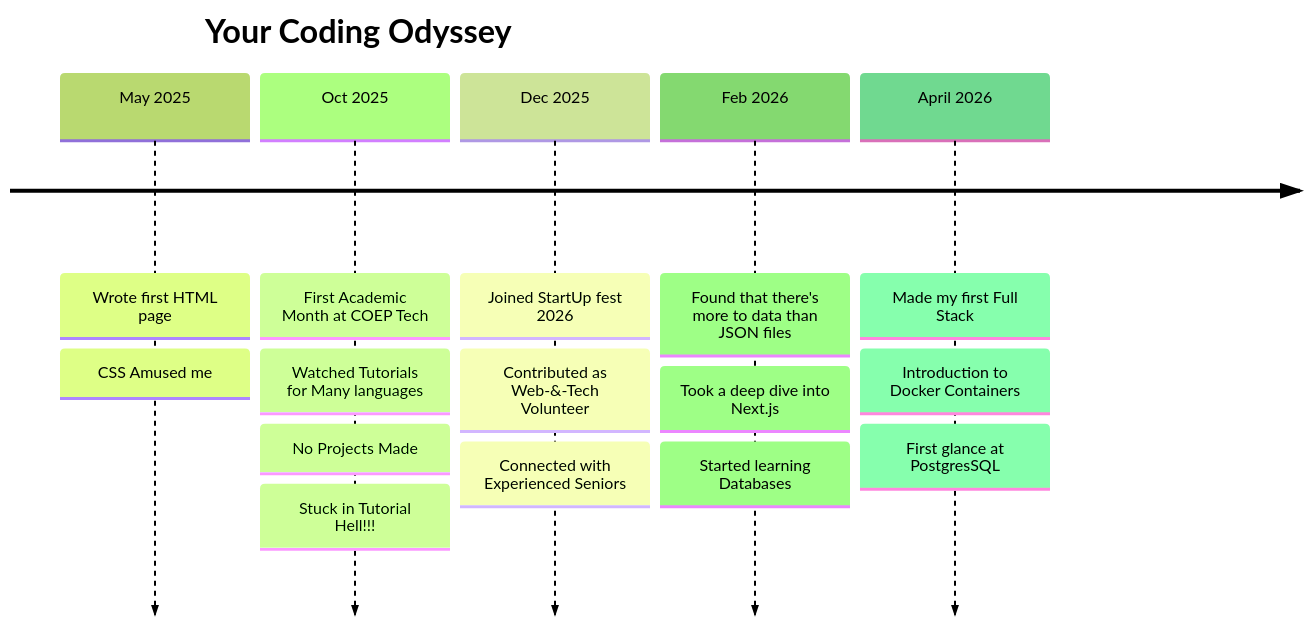
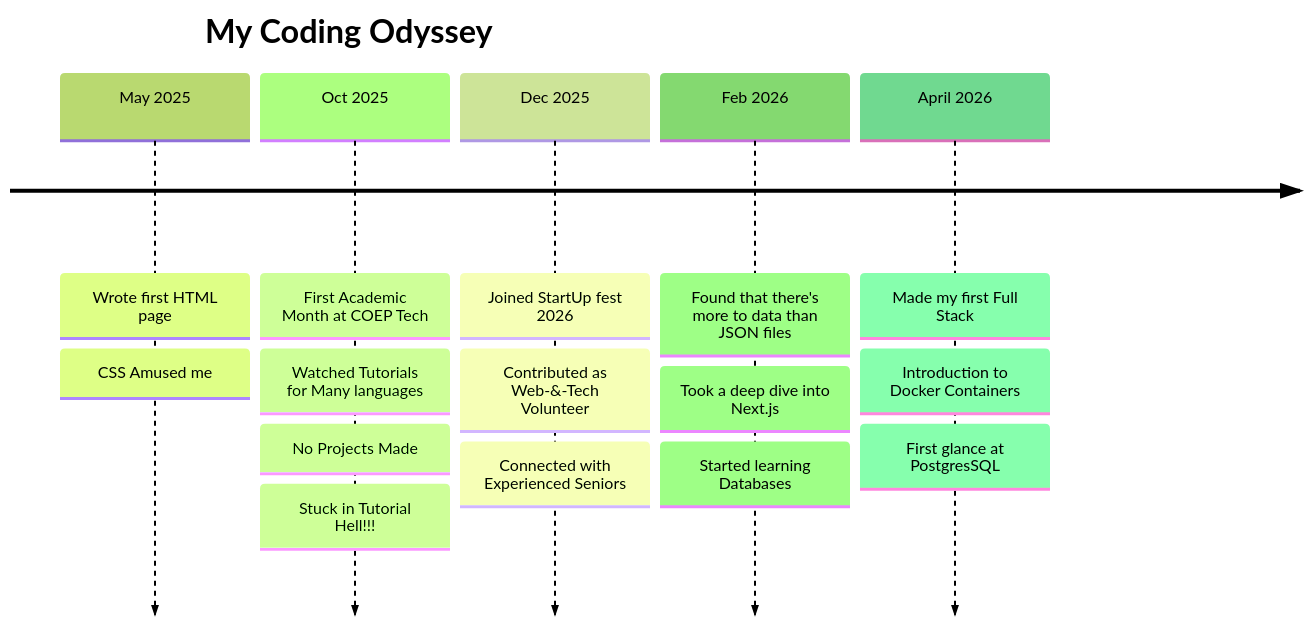
One commit to SkyArjun99/SkyArjun99 changed the second of 2 diagrams in README.md. Above: the diagram before and after it, drawn with Mermaid (forest theme). The commit also changed other lines of this file, not shown here.

````diff
--- a/README.md
+++ b/README.md
@@ -107,19 +100,19 @@
 ```mermaid
 timeline
-    title Your Coding Odyssey
+    title My Coding Odyssey
     May 2025 : Wrote first HTML page
              : CSS Amused me 
     Oct 2025 : First Academic Month at COEP Tech
              : Watched Tutorials for Many languages
              : No Projects Made
              : Stuck in Tutorial Hell!!!
     Dec 2025: Joined StartUp fest 2026 
             : Contributed as Web-&-Tech Volunteer
             : Connected with Experienced Seniors
     Feb 2026 : Found that there's more to data than JSON files
              : Took a deep dive into Next.js
              : Started learning Databases 
     April 2026 : Made my first Full Stack
                : Introduction to Docker Containers
                : First glance at PostgresSQL
 ```
````
